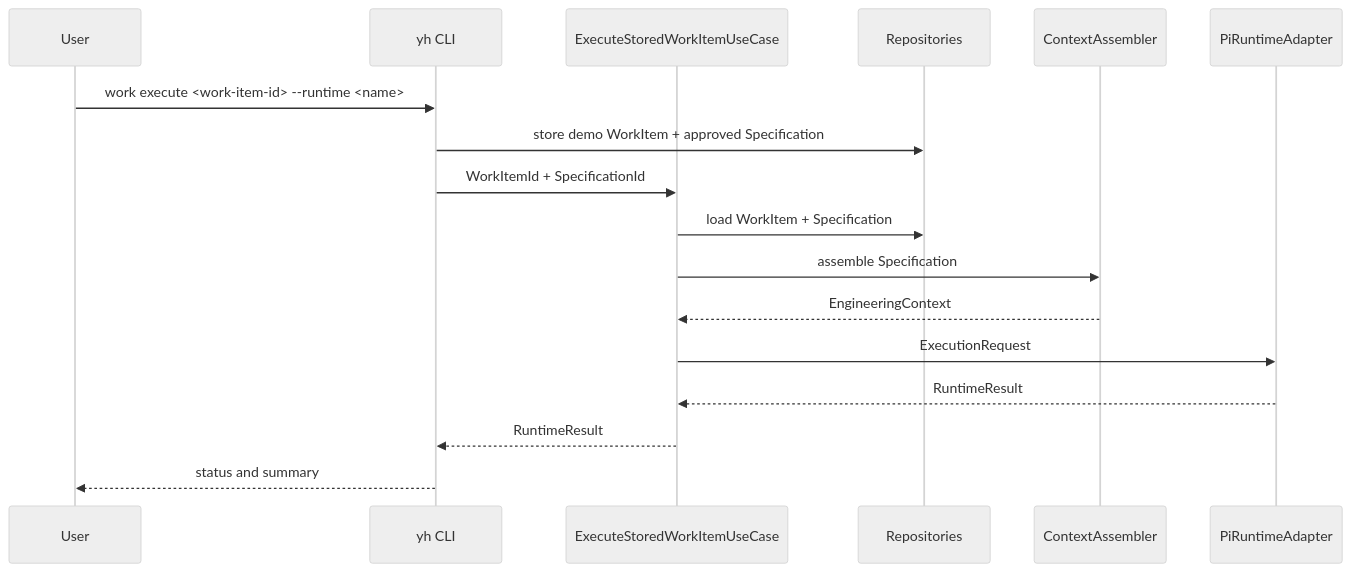
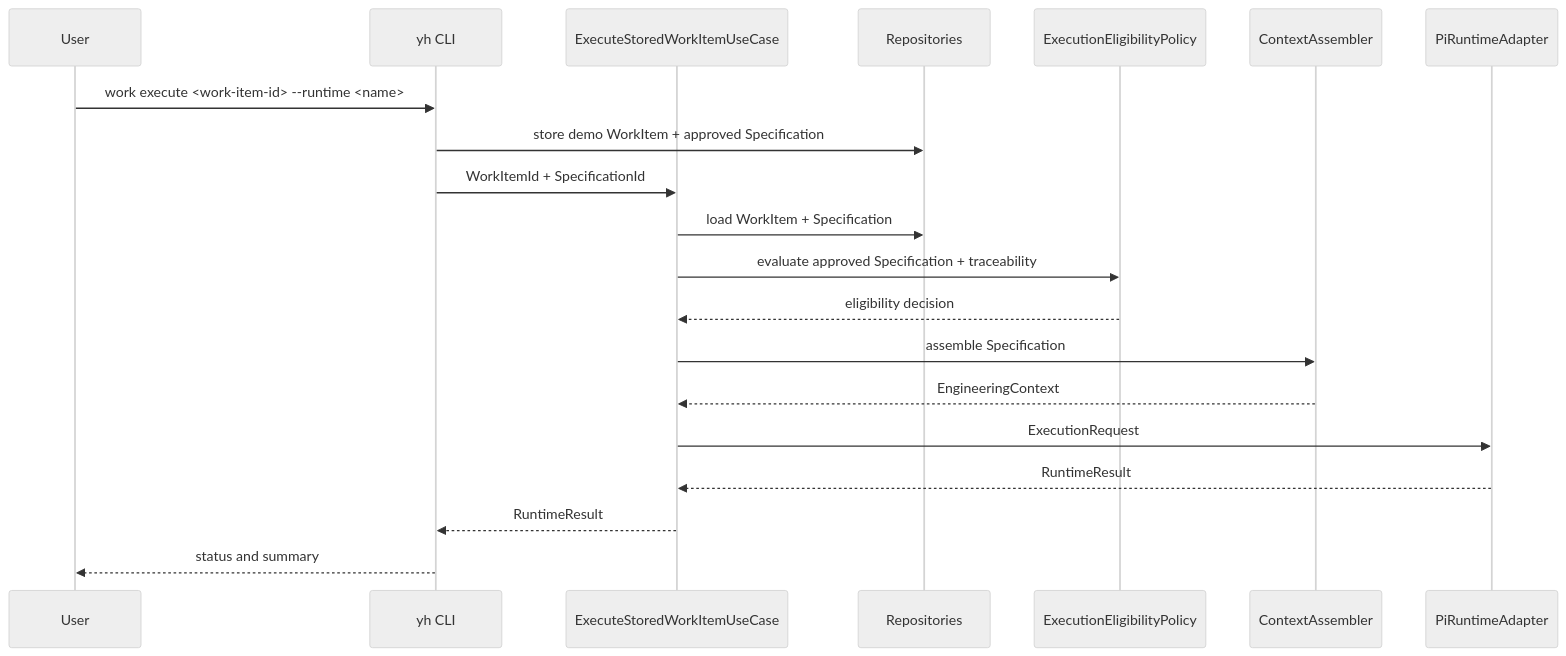
The diagram in docs/02-architecture/Execution-Flow.md (lucasjaviluna/your-harness-v2), drawn with Mermaid (neutral theme) before and after one commit. The commit also changed other lines of this file and 13 other files, not shown here.

Commit message:
ExecutionEligibilityPolicy

````diff
--- a/docs/02-architecture/Execution-Flow.md
+++ b/docs/02-architecture/Execution-Flow.md
@@ -5,19 +5,22 @@
 ```mermaid
 sequenceDiagram
   participant U as User
   participant C as yh CLI
   participant A as ExecuteStoredWorkItemUseCase
   participant R as Repositories
+  participant G as ExecutionEligibilityPolicy
   participant X as ContextAssembler
   participant P as PiRuntimeAdapter
   U->>C: work execute <work-item-id> --runtime <name>
   C->>R: store demo WorkItem + approved Specification
   C->>A: WorkItemId + SpecificationId
   A->>R: load WorkItem + Specification
+  A->>G: evaluate approved Specification + traceability
+  G-->>A: eligibility decision
   A->>X: assemble Specification
   X-->>A: EngineeringContext
   A->>P: ExecutionRequest
   P-->>A: RuntimeResult
   A-->>C: RuntimeResult
   C-->>U: status and summary
 ```
````
